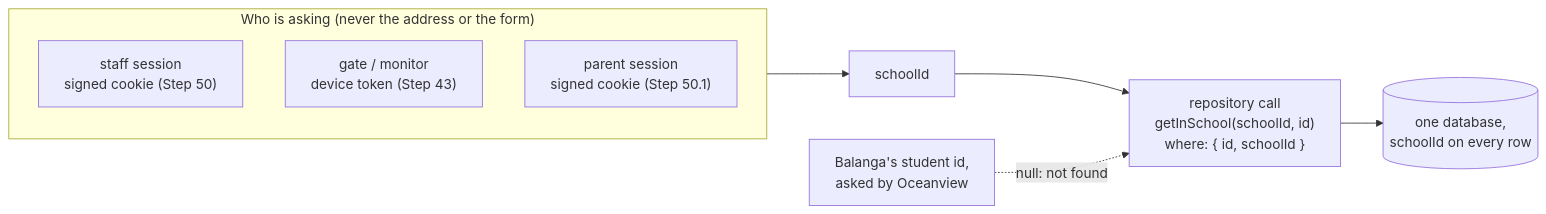
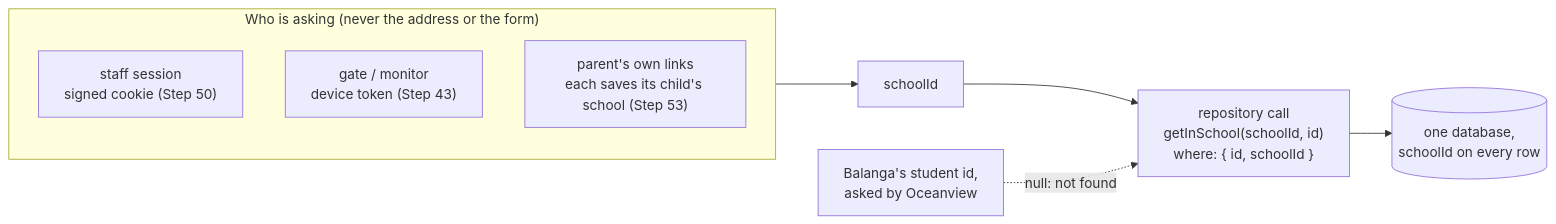
The diagram in docs/SCHOOL-ISOLATION.md (psmacabulos/talaan), drawn with Mermaid before and after one commit. The commit also changed other lines of this file and 36 other files, not shown here.

````diff
--- a/docs/SCHOOL-ISOLATION.md
+++ b/docs/SCHOOL-ISOLATION.md
@@ -7,12 +7,12 @@
 ```mermaid
 flowchart LR
     subgraph who["Who is asking (never the address or the form)"]
         S["staff session<br/>signed cookie (Step 50)"]
         D["gate / monitor<br/>device token (Step 43)"]
-        P["parent session<br/>signed cookie (Step 50.1)"]
+        P["parent's own links<br/>each saves its child's school (Step 53)"]
     end
     who --> SID["schoolId"]
     SID --> Repo["repository call<br/>getInSchool(schoolId, id)<br/>where: { id, schoolId }"]
     Repo --> DB[("one database,<br/>schoolId on every row")]
     X["Balanga's student id,<br/>asked by Oceanview"] -.->|"null: not found"| Repo
 ```
````
